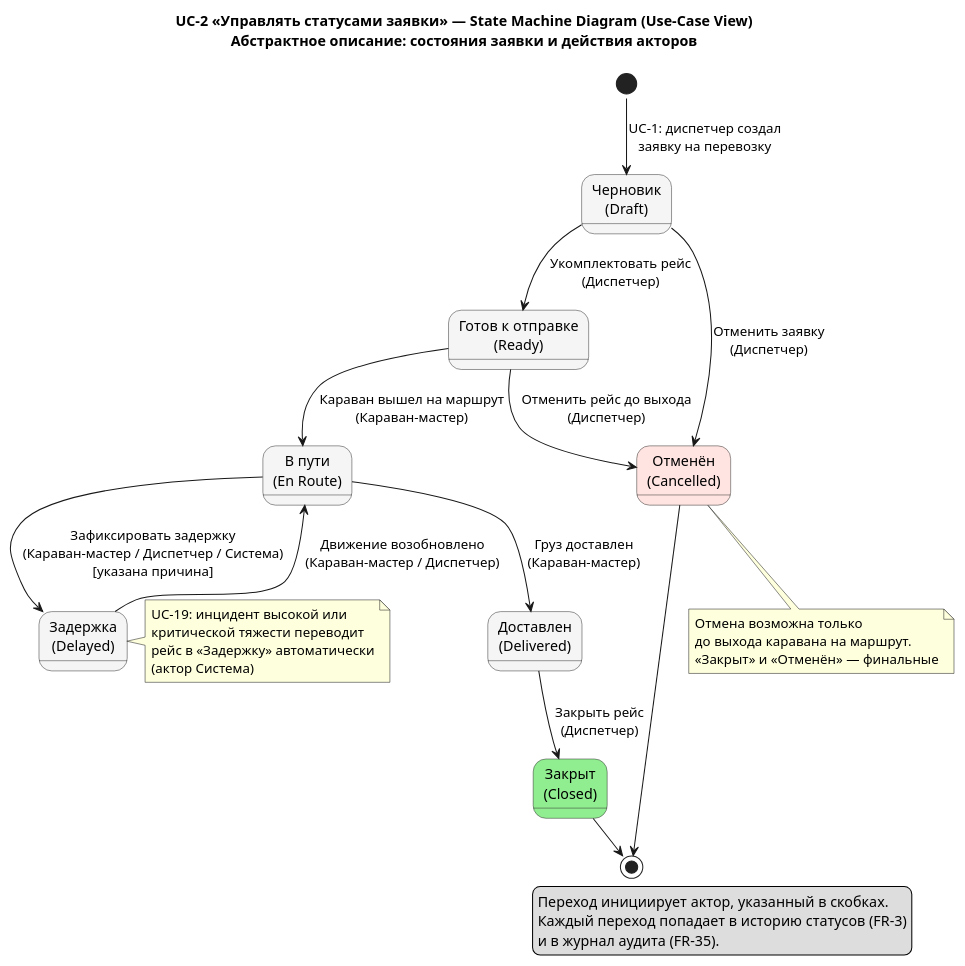
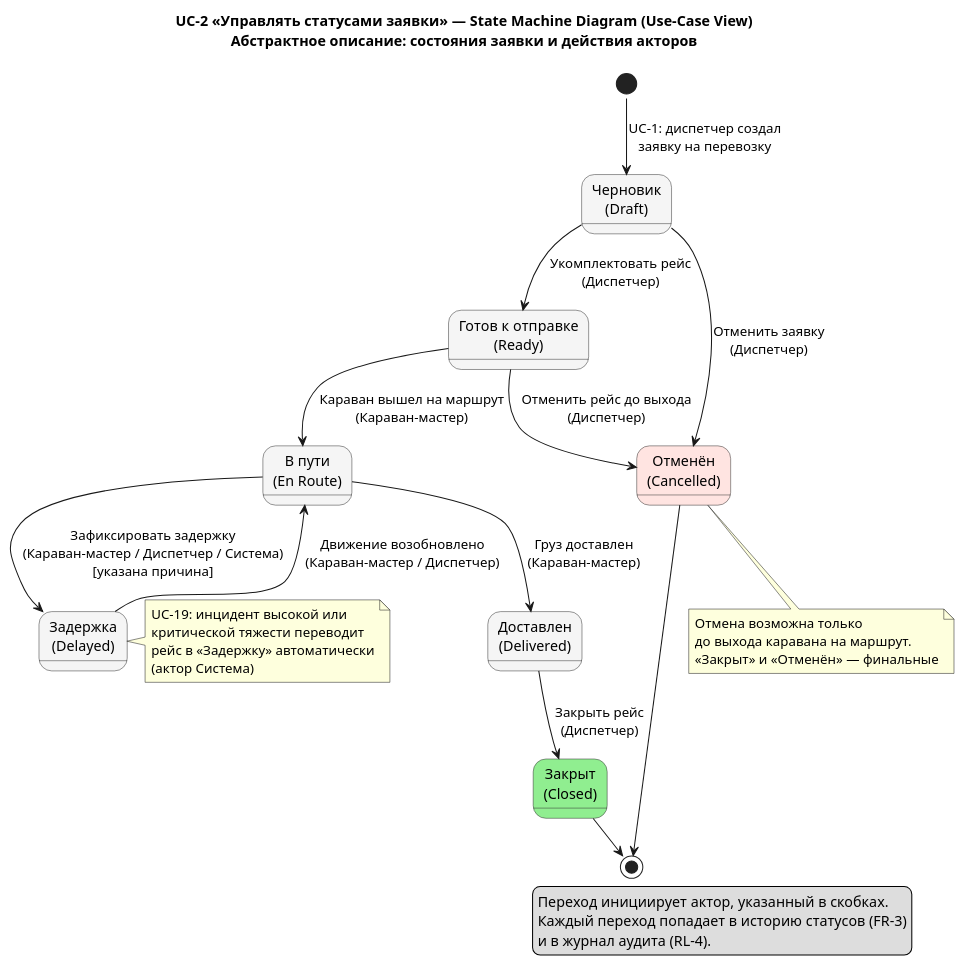
Before and after one commit to granikartem/MPI: the diagram in docs/diagrams/sad/SM_UC2_UseCaseView.puml, drawn with PlantUML. The commit also changed 19 other files, not shown here.

Commit message:
Замечания преподавателя отработаны на десяти диаграммах: слои, имена и прерывающие ветки

```diff
--- a/docs/diagrams/sad/SM_UC2_UseCaseView.puml
+++ b/docs/diagrams/sad/SM_UC2_UseCaseView.puml
@@ -1,55 +1,55 @@
 @startuml SM_UC2_UseCaseView
 !pragma layout smetana
 skinparam shadowing false
 skinparam state {
   BackgroundColor #F5F5F5
   BorderColor #333333
   FontName Arial
 }
 
 title UC-2 «Управлять статусами заявки» — State Machine Diagram (Use-Case View)\nАбстрактное описание: состояния заявки и действия акторов
 
 state "Черновик\n(Draft)" as Draft
 state "Готов к отправке\n(Ready)" as Ready
 state "В пути\n(En Route)" as EnRoute
 state "Задержка\n(Delayed)" as Delayed
 state "Доставлен\n(Delivered)" as Delivered
 state "Закрыт\n(Closed)" as Closed #LightGreen
 state "Отменён\n(Cancelled)" as Cancelled #MistyRose
 
 [*] --> Draft : UC-1: диспетчер создал\nзаявку на перевозку
 
 Draft --> Ready : Укомплектовать рейс\n(Диспетчер)
 Draft --> Cancelled : Отменить заявку\n(Диспетчер)
 
 Ready --> EnRoute : Караван вышел на маршрут\n(Караван-мастер)
 Ready --> Cancelled : Отменить рейс до выхода\n(Диспетчер)
 
 EnRoute --> Delayed : Зафиксировать задержку\n(Караван-мастер / Диспетчер / Система)\n[указана причина]
 Delayed --> EnRoute : Движение возобновлено\n(Караван-мастер / Диспетчер)
 EnRoute --> Delivered : Груз доставлен\n(Караван-мастер)
 
 Delivered --> Closed : Закрыть рейс\n(Диспетчер)
 
 Closed --> [*]
 Cancelled --> [*]
 
 note right of Delayed
   UC-19: инцидент высокой или
   критической тяжести переводит
   рейс в «Задержку» автоматически
   (актор Система)
 end note
 
 note bottom of Cancelled
   Отмена возможна только
   до выхода каравана на маршрут.
   «Закрыт» и «Отменён» — финальные
 end note
 
 legend right
   Переход инициирует актор, указанный в скобках.
   Каждый переход попадает в историю статусов (FR-3)
-  и в журнал аудита (FR-35).
+  и в журнал аудита (RL-4).
 endlegend
 @enduml
```
